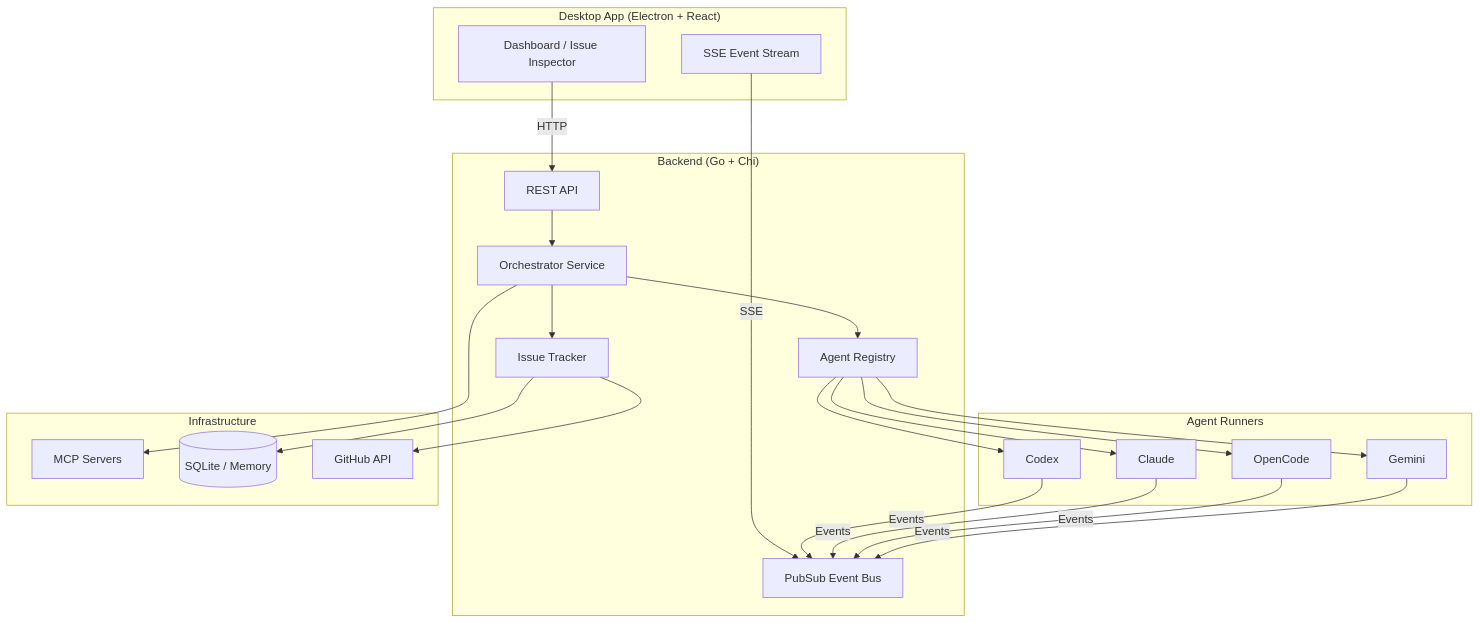
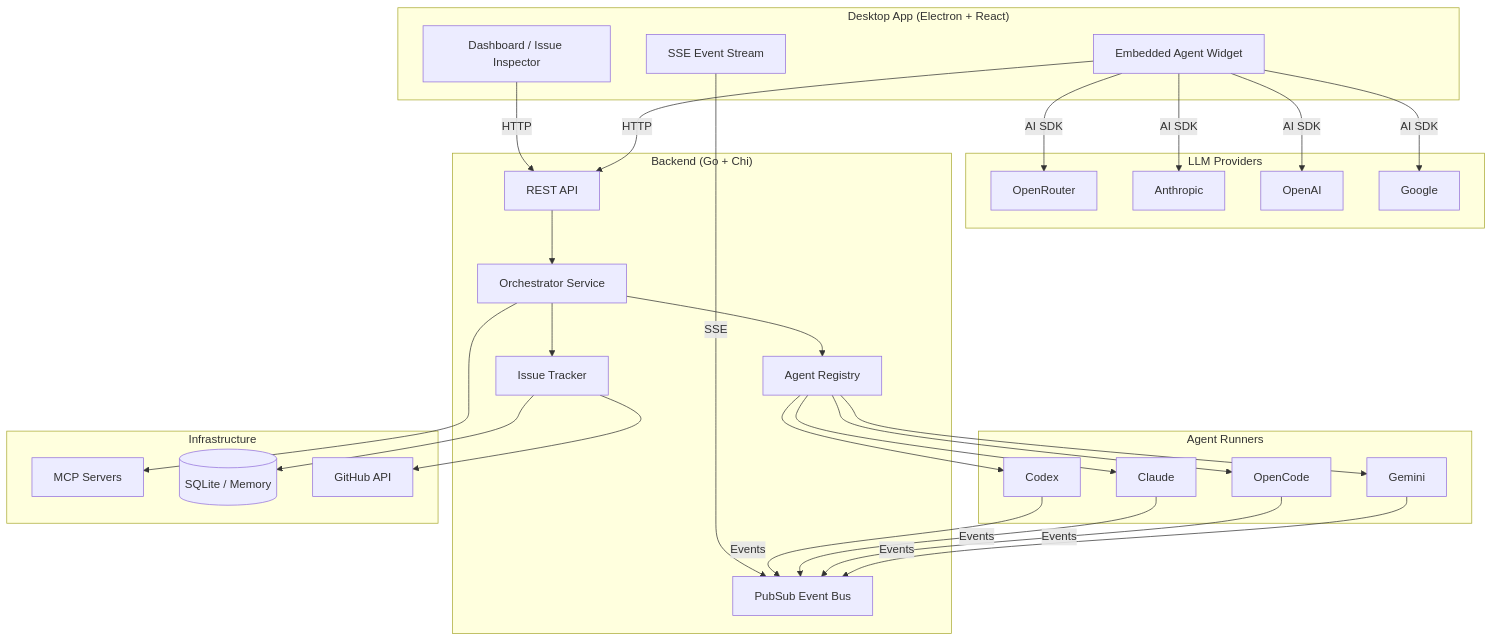
Before and after one commit to bradAGI/Orchestra: the diagram in README.md, drawn with Mermaid. The commit also changed other lines of this file, not shown here.

First line of the commit message:
docs: update README with Embedded Agent feature, updated architecture diagram

````diff
--- a/README.md
+++ b/README.md
@@ -5,39 +5,49 @@
 ```mermaid
 graph TB
     subgraph Desktop["Desktop App (Electron + React)"]
         UI[Dashboard / Issue Inspector]
         SSE[SSE Event Stream]
+        EA[Embedded Agent Widget]
+    end
+
+    subgraph LLM["LLM Providers"]
+        OR[OpenRouter]
+        AN[Anthropic]
+        OA[OpenAI]
+        GO[Google]
     end
 
     subgraph Backend["Backend (Go + Chi)"]
         API[REST API]
         ORC[Orchestrator Service]
         PUB[PubSub Event Bus]
         TRK[Issue Tracker]
         REG[Agent Registry]
     end
 
     subgraph Agents["Agent Runners"]
         CX[Codex]
         CL[Claude]
         OC[OpenCode]
         GM[Gemini]
     end
 
     subgraph Infra["Infrastructure"]
         MCP[MCP Servers]
         DB[(SQLite / Memory)]
         GH[GitHub API]
     end
 
     UI -->|HTTP| API
     SSE -->|SSE| PUB
+    EA -->|HTTP| API
+    EA -->|AI SDK| OR & AN & OA & GO
     API --> ORC
     ORC --> REG
     REG --> CX & CL & OC & GM
     ORC --> TRK
     TRK --> DB
     TRK --> GH
     CX & CL & OC & GM -->|Events| PUB
     ORC --> MCP
 ```
````
